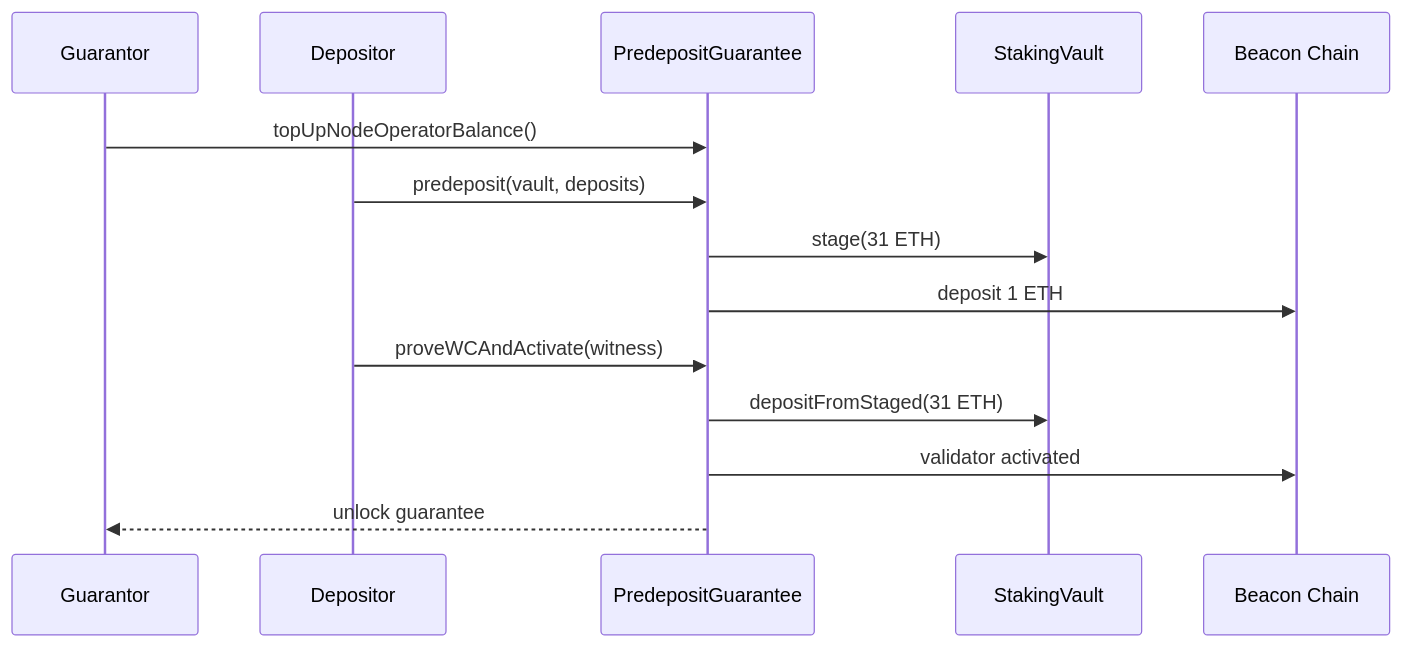
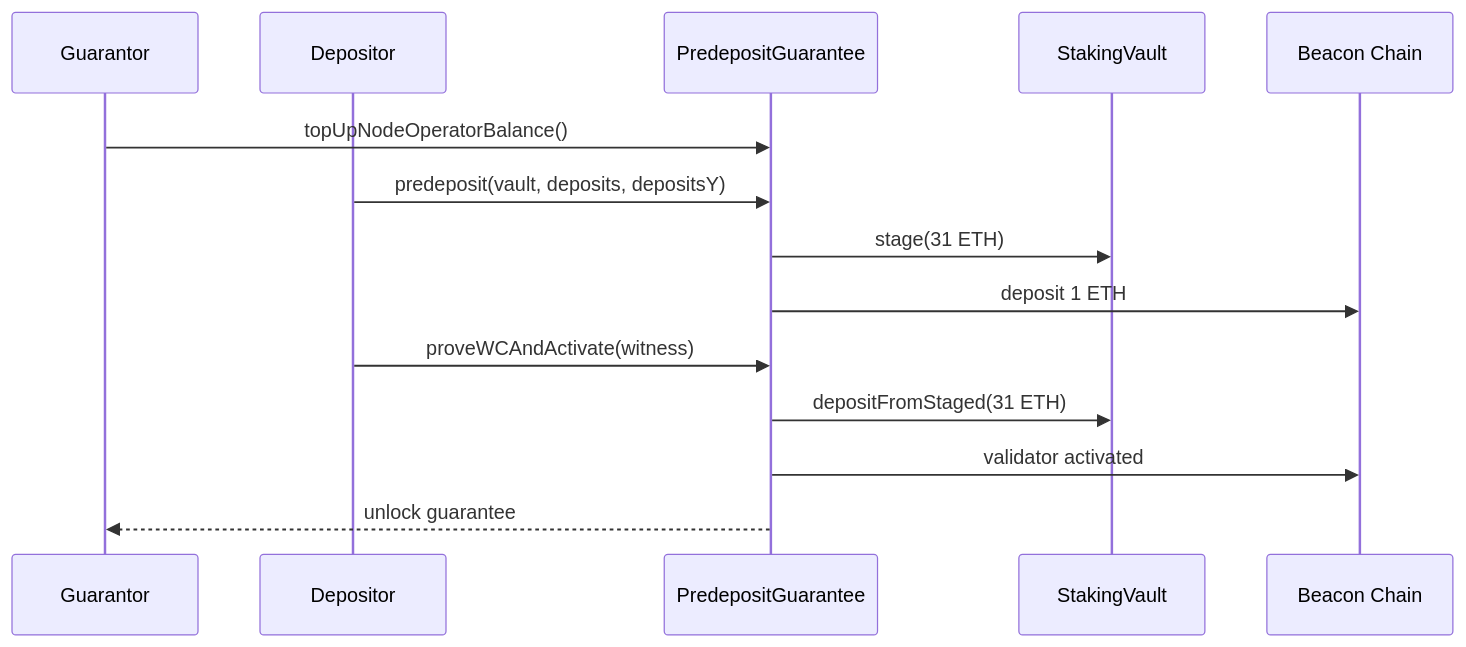
Before and after one commit to lidofinance/docs: the diagram in docs/contracts/predeposit-guarantee.md, drawn with Mermaid. The commit also changed other lines of this file and 8 other files, not shown here.

````diff
--- a/docs/contracts/predeposit-guarantee.md
+++ b/docs/contracts/predeposit-guarantee.md
@@ -35,17 +43,17 @@
 ```mermaid
 sequenceDiagram
   participant G as Guarantor
   participant D as Depositor
   participant P as PredepositGuarantee
   participant V as StakingVault
   participant BC as Beacon Chain
 
   G->>P: topUpNodeOperatorBalance()
-  D->>P: predeposit(vault, deposits)
+  D->>P: predeposit(vault, deposits, depositsY)
   P->>V: stage(31 ETH)
   P->>BC: deposit 1 ETH
   D->>P: proveWCAndActivate(witness)
   P->>V: depositFromStaged(31 ETH)
   P->>BC: validator activated
   P-->>G: unlock guarantee
 ```
````
